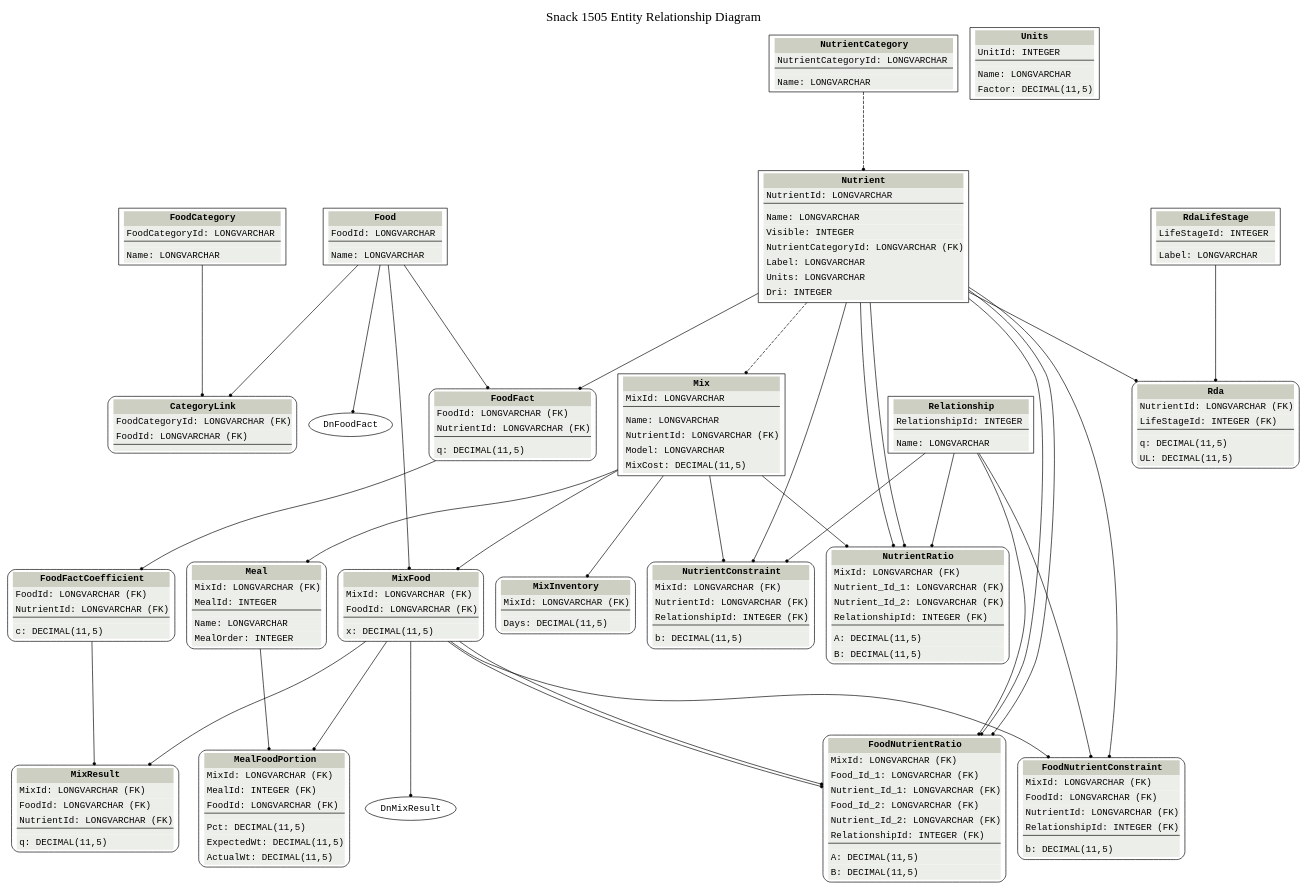
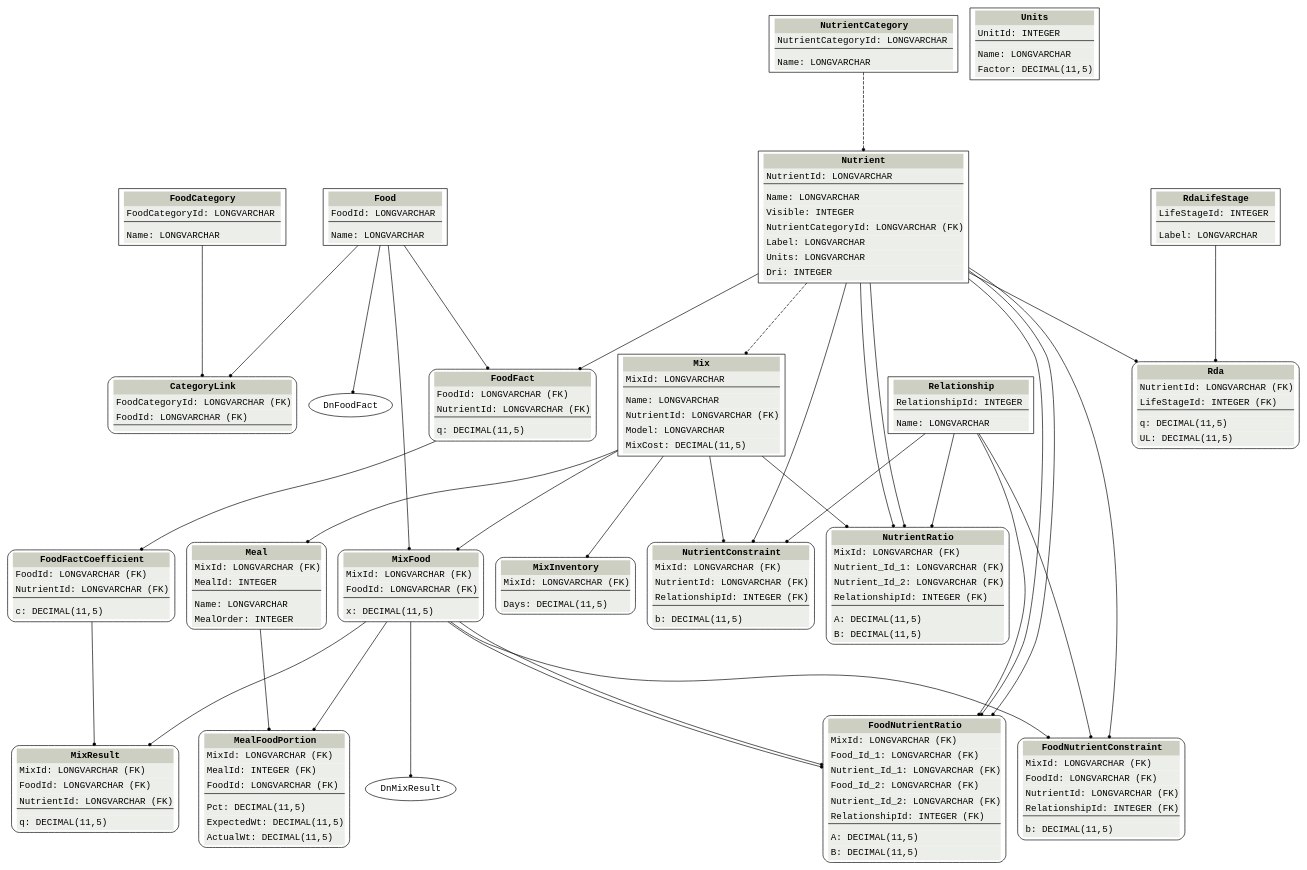
One commit to xjrga/snack changed the diagram in files/graphviz/erd.gv. Above: the diagram before and after it, drawn with Graphviz. The commit also changed 57 other files, not shown here.

```diff
--- a/files/graphviz/erd.gv
+++ b/files/graphviz/erd.gv
@@ -1,7 +1,7 @@
 digraph erd {
 
     labelloc = "t";
-    label = "Snack 1505 Entity Relationship Diagram";
+    label = "";
     fontsize = 20;
     fontname = "Liberation Mono Bold"
     size = "100,100";
```
